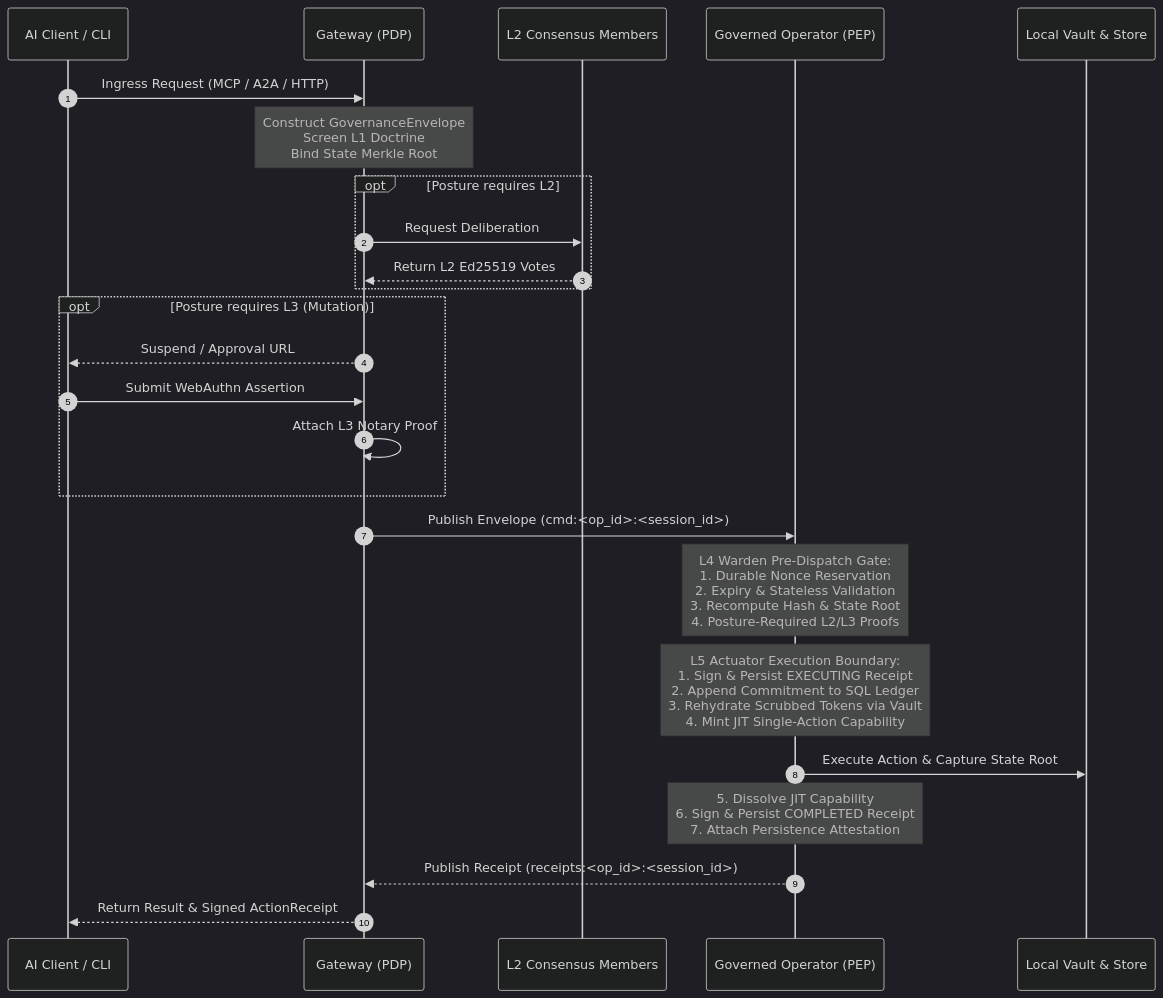
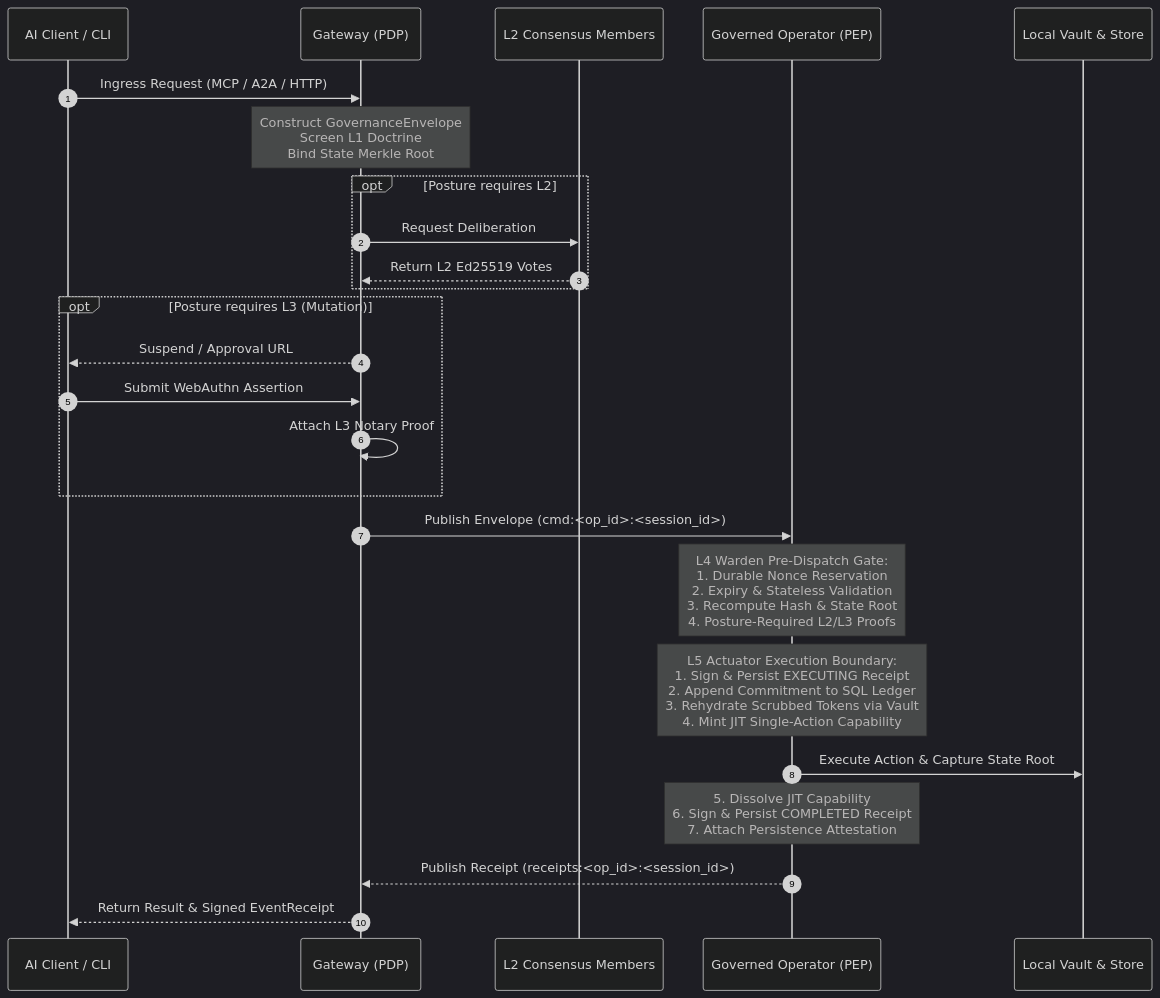
One commit to zerotrustdata/ztd changed the diagram in docs/architecture/overview.md. Above: the diagram before and after it, drawn with Mermaid (dark theme). The commit also changed other lines of this file and 655 other files, not shown here.

````diff
--- a/docs/architecture/overview.md
+++ b/docs/architecture/overview.md
@@ -181,28 +181,28 @@
 ```mermaid
 sequenceDiagram
     autonumber
     participant Client as AI Client / CLI
     participant GW as Gateway (PDP)
     participant Delib as L2 Consensus Members
     participant OP as Governed Operator (PEP)
     participant Vault as Local Vault & Store
 
     Client->>GW: Ingress Request (MCP / A2A / HTTP)
     Note over GW: Construct GovernanceEnvelope<br/>Screen L1 Doctrine<br/>Bind State Merkle Root
     opt Posture requires L2
         GW->>Delib: Request Deliberation
         Delib-->>GW: Return L2 Ed25519 Votes
     end
     opt Posture requires L3 (Mutation)
         GW-->>Client: Suspend / Approval URL
         Client->>GW: Submit WebAuthn Assertion
         GW->>GW: Attach L3 Notary Proof
     end
     GW->>OP: Publish Envelope (cmd:<op_id>:<session_id>)
     Note over OP: L4 Warden Pre-Dispatch Gate:<br/>1. Durable Nonce Reservation<br/>2. Expiry & Stateless Validation<br/>3. Recompute Hash & State Root<br/>4. Posture-Required L2/L3 Proofs
     Note over OP: L5 Actuator Execution Boundary:<br/>1. Sign & Persist EXECUTING Receipt<br/>2. Append Commitment to SQL Ledger<br/>3. Rehydrate Scrubbed Tokens via Vault<br/>4. Mint JIT Single-Action Capability
     OP->>Vault: Execute Action & Capture State Root
     Note over OP: 5. Dissolve JIT Capability<br/>6. Sign & Persist COMPLETED Receipt<br/>7. Attach Persistence Attestation
     OP-->>GW: Publish Receipt (receipts:<op_id>:<session_id>)
-    GW-->>Client: Return Result & Signed ActionReceipt
+    GW-->>Client: Return Result & Signed EventReceipt
 ```
````
